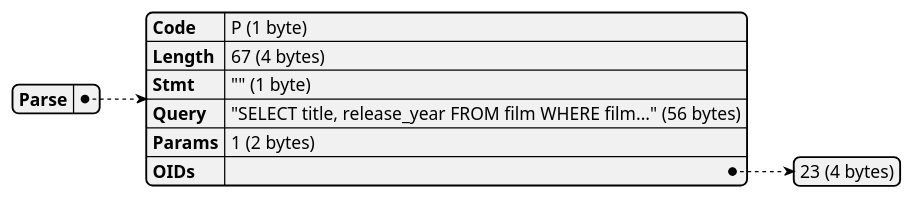
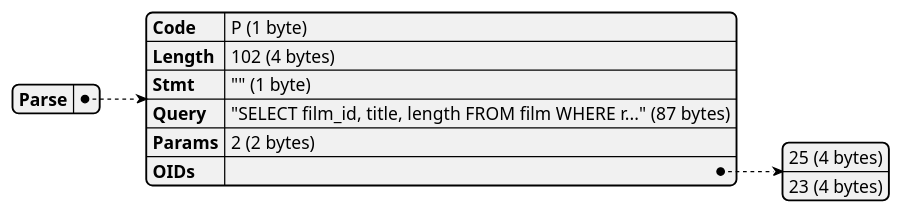
One commit to xfischer/pg_protoexport changed the first of 11 diagrams in docs/examples/exports/pagila-04-extended-query-unnamed-statement/capture.plantuml.pkt.md. Above: the diagram before and after it, drawn with PlantUML. The commit also changed other lines of this file and 135 other files, not shown here.

````diff
--- a/docs/examples/exports/pagila-04-extended-query-unnamed-statement/capture.plantuml.pkt.md
+++ b/docs/examples/exports/pagila-04-extended-query-unnamed-statement/capture.plantuml.pkt.md
@@ -4,16 +4,17 @@
 ```plantuml
 @startjson
 {
   "Parse": {
     "Code": "P (1 byte)",
-    "Length": "67 (4 bytes)",
+    "Length": "102 (4 bytes)",
     "Stmt": "\"\" (1 byte)",
-    "Query": "\"SELECT title, release_year FROM film WHERE film...\" (56 bytes)",
-    "Params": "1 (2 bytes)",
+    "Query": "\"SELECT film_id, title, length FROM film WHERE r...\" (87 bytes)",
+    "Params": "2 (2 bytes)",
     "OIDs": [
+      "25 (4 bytes)",
       "23 (4 bytes)"
     ]
   }
 }
 @endjson
 ```
````
